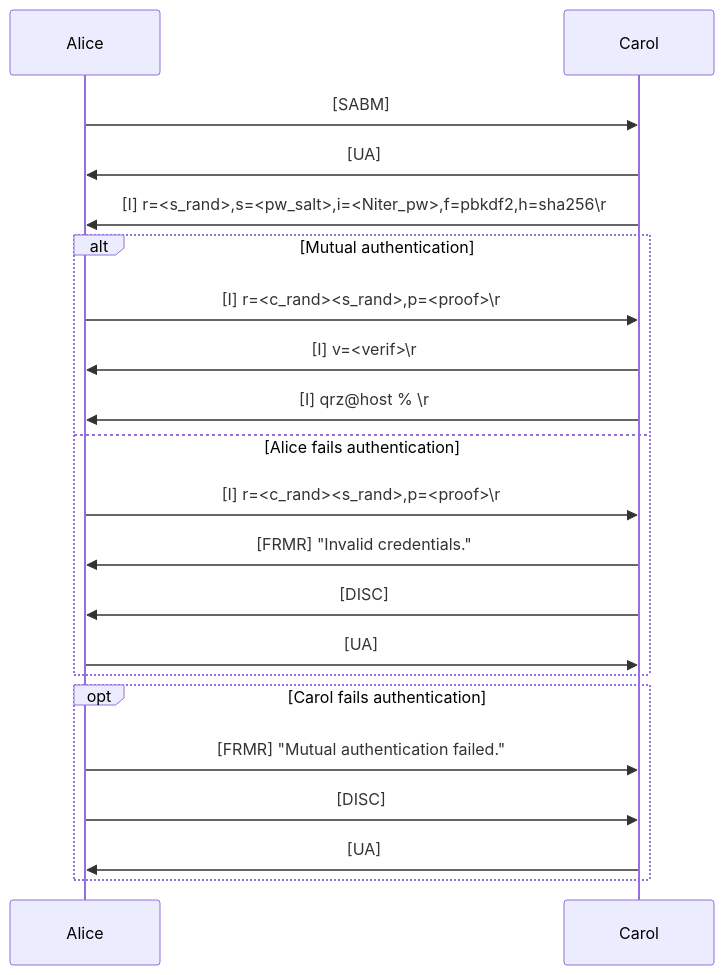
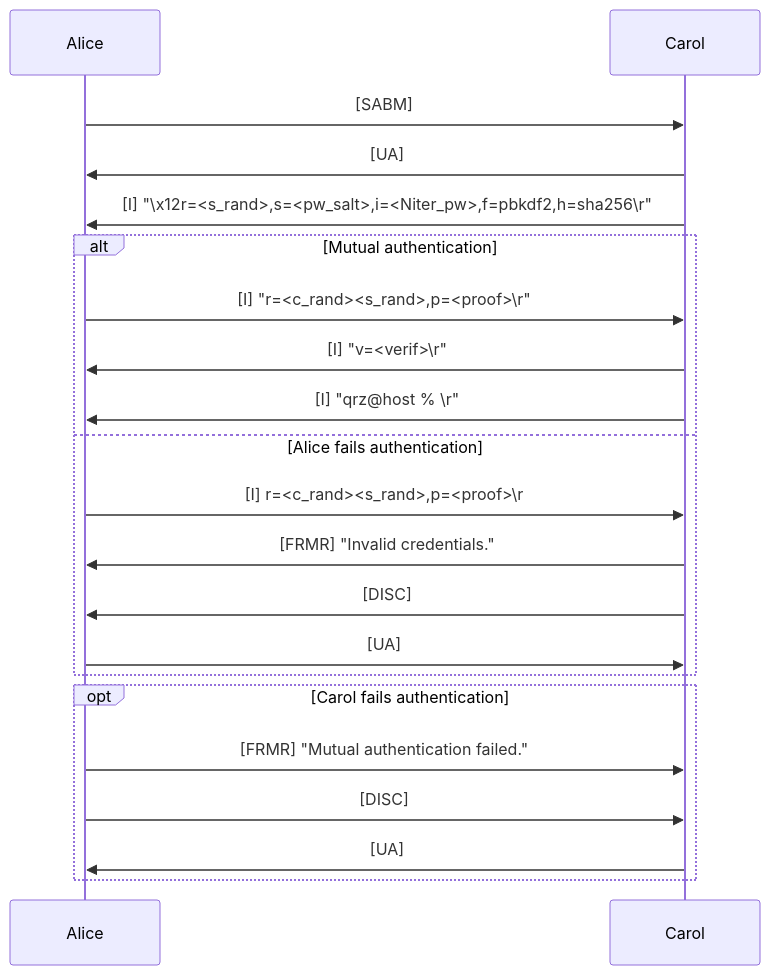
The first of 2 diagrams in README.md (dscp46/hamsp), drawn with Mermaid before and after one commit. The commit also changed other lines of this file, not shown here.

````diff
--- a/README.md
+++ b/README.md
@@ -9,21 +9,21 @@
 ```mermaid
 sequenceDiagram
     Alice->>Carol: [SABM]
     Carol->>Alice: [UA]
-    Carol->>Alice: [I] r=<s_rand>,s=<pw_salt>,i=<Niter_pw>,f=pbkdf2,h=sha256\r
+    Carol->>Alice: [I] "\x12r=<s_rand>,s=<pw_salt>,i=<Niter_pw>,f=pbkdf2,h=sha256\r"
     alt Mutual authentication
-        Alice->>Carol: [I] r=<c_rand><s_rand>,p=<proof>\r
-        Carol->>Alice: [I] v=<verif>\r
-        Carol->>Alice: [I] qrz@host % \r
+        Alice->>Carol: [I] "r=<c_rand><s_rand>,p=<proof>\r"
+        Carol->>Alice: [I] "v=<verif>\r"
+        Carol->>Alice: [I] "qrz@host % \r"
     else Alice fails authentication
         Alice->>Carol: [I] r=<c_rand><s_rand>,p=<proof>\r
         Carol->>Alice: [FRMR] "Invalid credentials."
         Carol->>Alice: [DISC]
         Alice->>Carol: [UA]
     end
     opt Carol fails authentication
         Alice->>Carol: [FRMR] "Mutual authentication failed."
         Alice->>Carol: [DISC]
         Carol->>Alice: [UA]
     end
 ```
````
